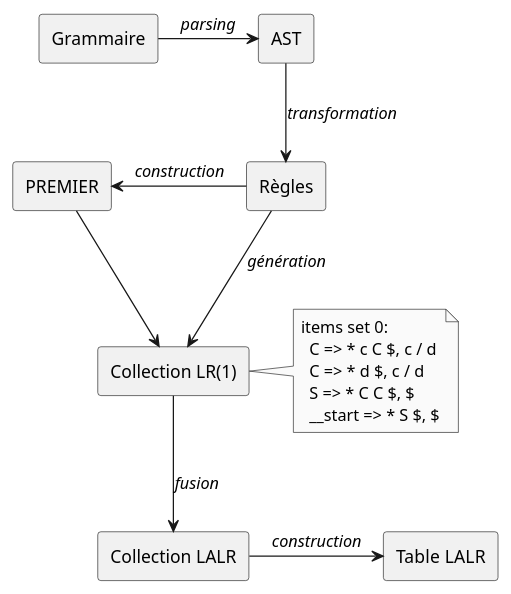
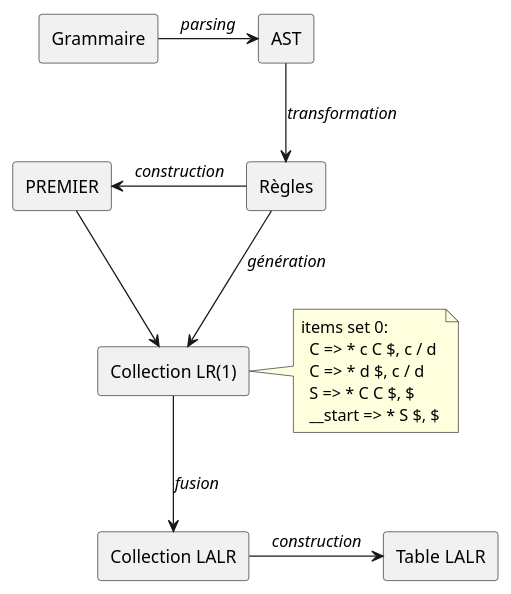
The diagram in res/diagrams/misc/generation-process.plantuml (chlablak/platinum-parsing), drawn with PlantUML before and after one commit. The commit also changed 43 other files, not shown here.

```diff
--- a/res/diagrams/misc/generation-process.plantuml
+++ b/res/diagrams/misc/generation-process.plantuml
@@ -1,29 +1,27 @@
 @startuml
-
-skinparam monochrome true
 
 rectangle "Grammaire" as grammar
 rectangle "AST" as ast
 rectangle "Règles" as rules
 rectangle "PREMIER" as first
 rectangle "Collection LR(1)" as lr1
 rectangle "Collection LALR" as lalr
 rectangle "Table LALR" as table
 
 grammar -> ast : <i>parsing</i>
 ast --> rules : <i>transformation</i>
 first <- rules : <i>construction</i>
 rules --> lr1 : <i>génération</i>
 first --> lr1
 lr1 --> lalr : <i>fusion</i>
 lalr -> table : <i>construction</i>
 
 note right of lr1
   items set 0:
     C => * c C $, c / d
     C => * d $, c / d
     S => * C C $, $
     __start => * S $, $
 end note
 
 @enduml
```
